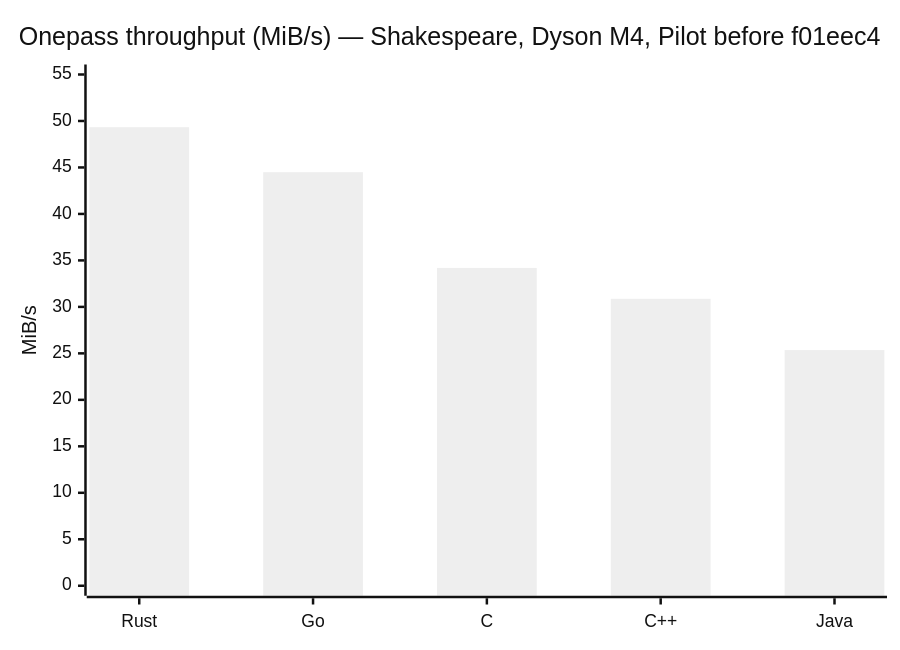
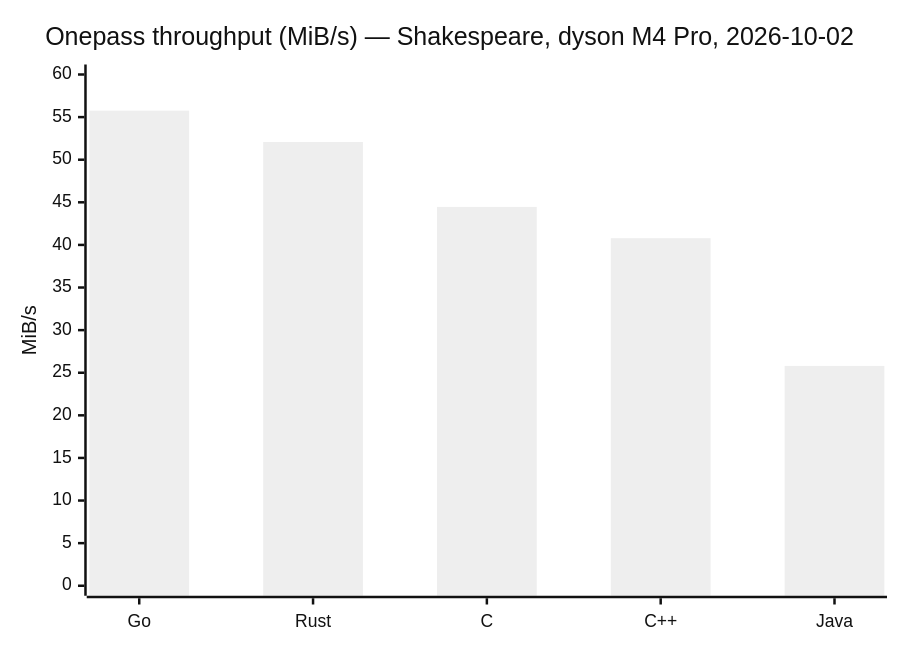
The third of 10 diagrams in ANALYSIS.md (darrelllong/Delta-Compression), drawn with Mermaid (neutral theme) before and after one commit. The commit also changed other lines of this file and 28 other files, not shown here.

````diff
--- a/ANALYSIS.md
+++ b/ANALYSIS.md
@@ -483,7 +477,7 @@
 ```mermaid
 xychart-beta
-    title "Onepass throughput (MiB/s) — Shakespeare, Dyson M4, Pilot before f01eec4"
-    x-axis ["Rust", "Go", "C", "C++", "Java"]
-    y-axis "MiB/s" 0 --> 55
-    bar [49.33, 44.49, 34.19, 30.87, 25.35]
+    title "Onepass throughput (MiB/s) — Shakespeare, dyson M4 Pro, 2026-10-02"
+    x-axis ["Go", "Rust", "C", "C++", "Java"]
+    y-axis "MiB/s" 0 --> 60
+    bar [55.76, 52.08, 44.46, 40.79, 25.80]
 ```
````
